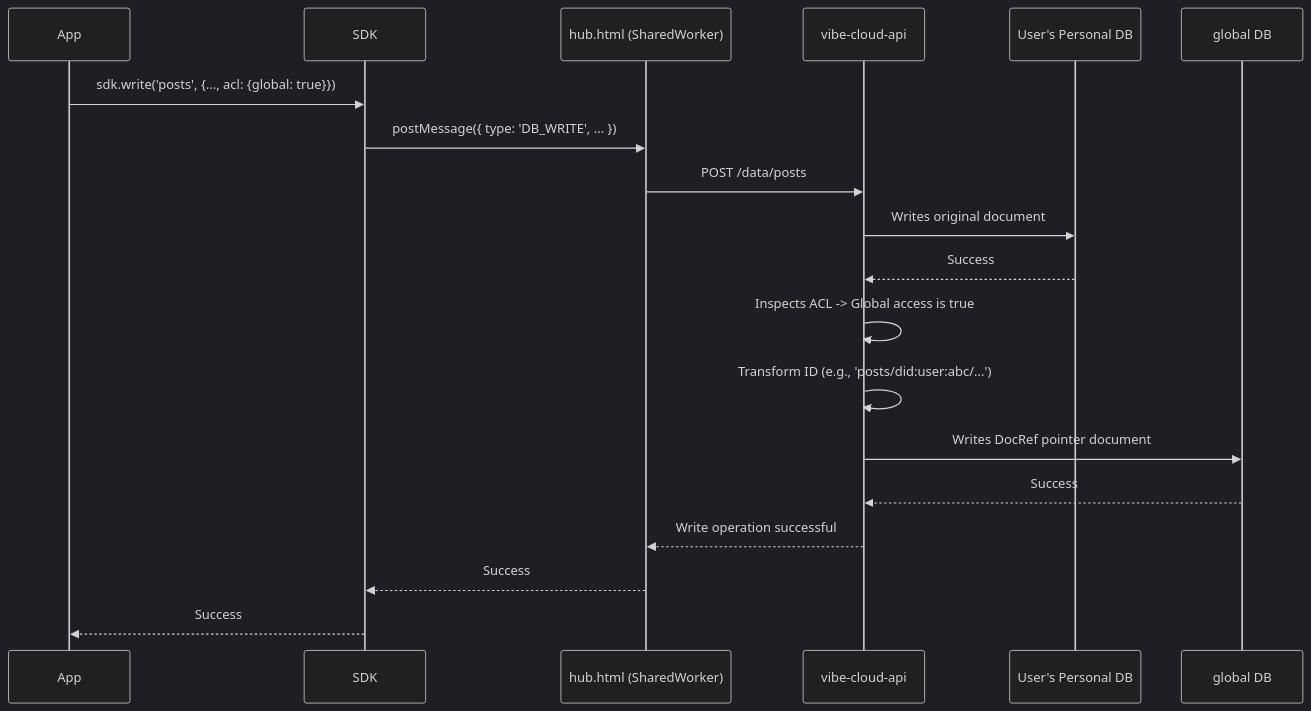
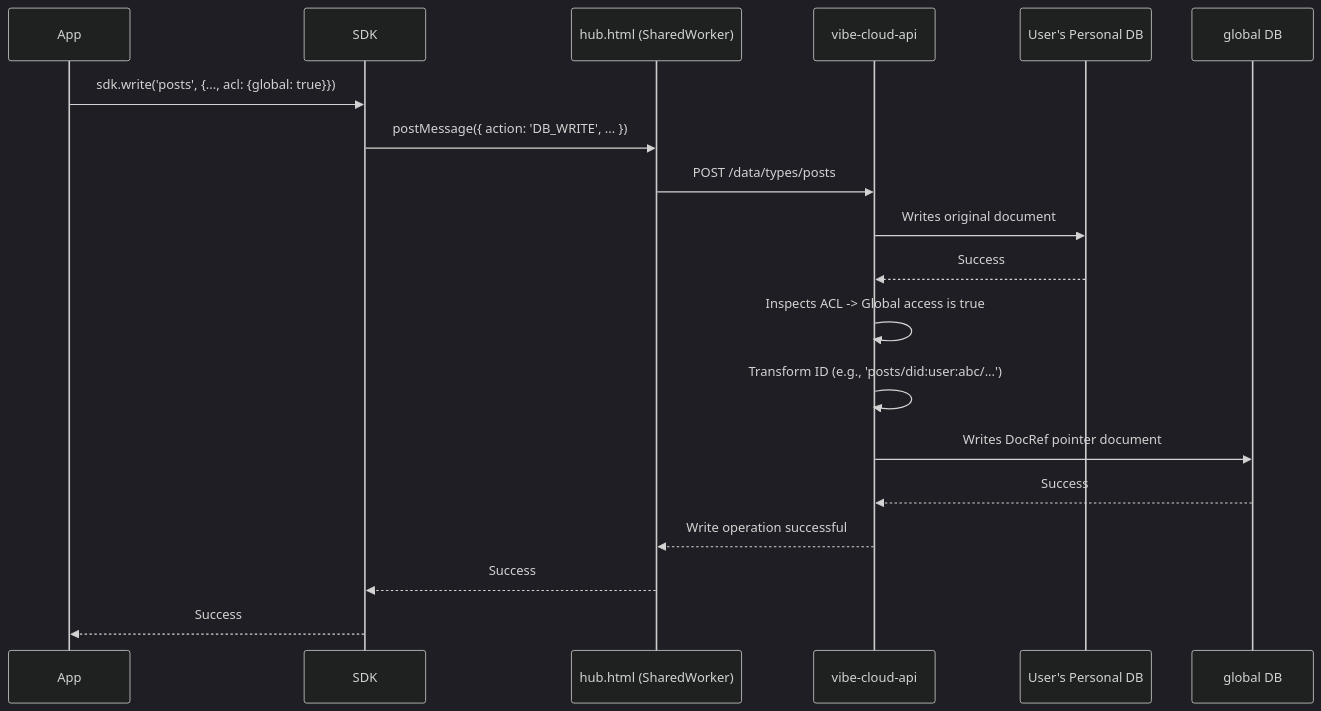
One commit to Social-Systems-Lab/vibe changed the diagram in docs/GlobalDatabase.md. Above: the diagram before and after it, drawn with Mermaid (dark theme). The commit also changed other lines of this file and 15 other files, not shown here.

````diff
--- a/docs/GlobalDatabase.md
+++ b/docs/GlobalDatabase.md
@@ -54,25 +54,25 @@
 ```mermaid
 sequenceDiagram
     participant App
     participant SDK
     participant Hub as hub.html (SharedWorker)
     participant API as vibe-cloud-api
     participant UserDB as User's Personal DB
     participant GlobalDB as global DB
 
     App->>SDK: sdk.write('posts', {..., acl: {global: true}})
-    SDK->>Hub: postMessage({ type: 'DB_WRITE', ... })
-    Hub->>API: POST /data/posts
+    SDK->>Hub: postMessage({ action: 'DB_WRITE', ... })
+    Hub->>API: POST /data/types/posts
 
     API->>UserDB: Writes original document
     UserDB-->>API: Success
 
     API->>API: Inspects ACL -> Global access is true
     API->>API: Transform ID (e.g., 'posts/did:user:abc/...')
     API->>GlobalDB: Writes DocRef pointer document
     GlobalDB-->>API: Success
 
     API-->>Hub: Write operation successful
     Hub-->>SDK: Success
     SDK-->>App: Success
 ```
````
